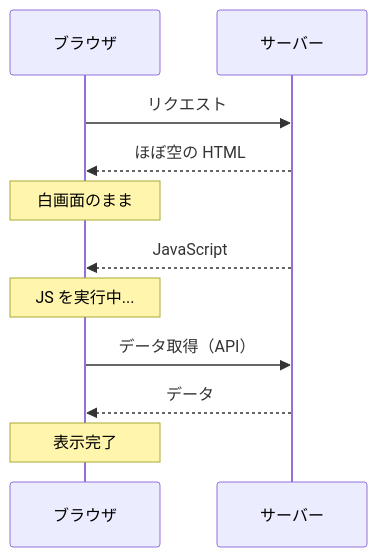
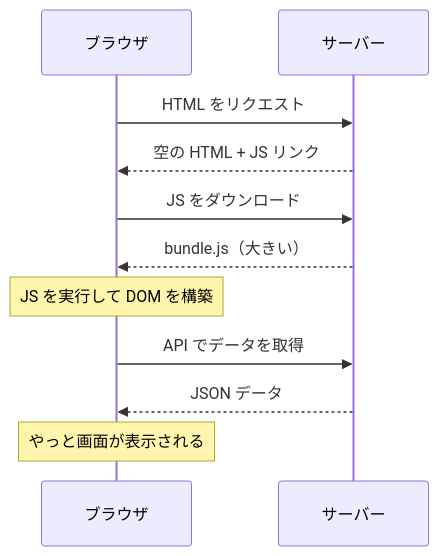
Before and after one commit to ozaki25/web-front-training-ozaki25: the first of 2 diagrams in docs/drafts/029/index.md, drawn with Mermaid. The commit also changed other lines of this file and 15 other files, not shown here.

````diff
--- a/docs/drafts/029/index.md
+++ b/docs/drafts/029/index.md
@@ -81,14 +33,13 @@
 ```mermaid
 sequenceDiagram
     participant B as ブラウザ
     participant S as サーバー
-
-    B->>S: リクエスト
-    S-->>B: ほぼ空の HTML
-    Note over B: 白画面のまま
-    S-->>B: JavaScript
-    Note over B: JS を実行中...
-    B->>S: データ取得（API）
-    S-->>B: データ
-    Note over B: 表示完了
+    B->>S: HTML をリクエスト
+    S-->>B: 空の HTML + JS リンク
+    B->>S: JS をダウンロード
+    S-->>B: bundle.js（大きい）
+    Note over B: JS を実行して DOM を構築
+    B->>S: API でデータを取得
+    S-->>B: JSON データ
+    Note over B: やっと画面が表示される
 ```
````
